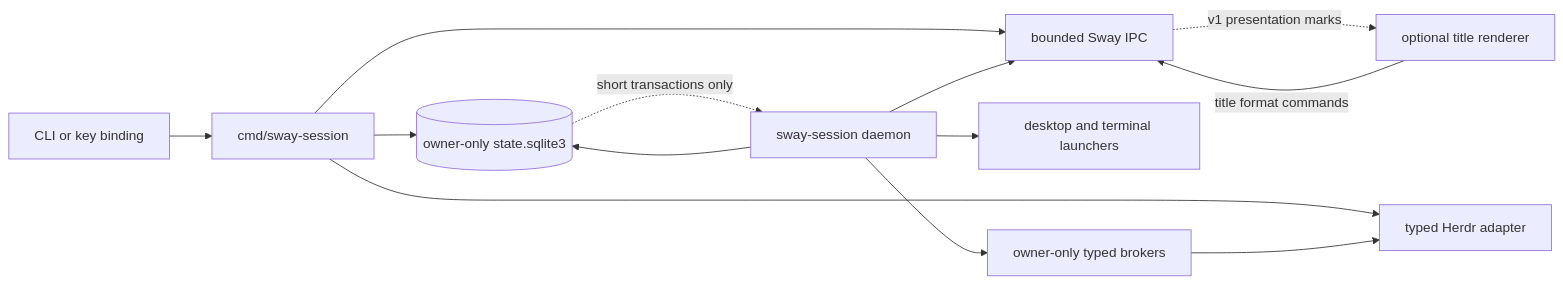
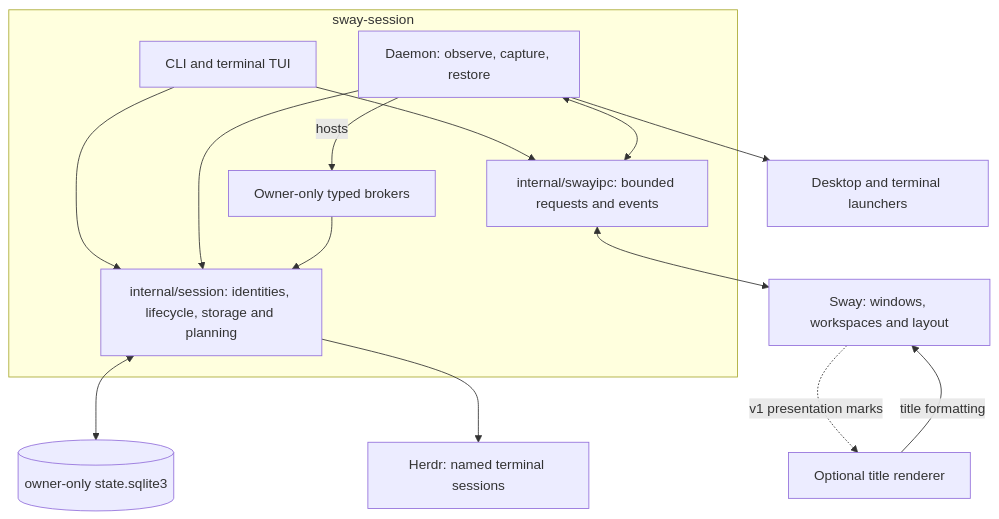
One commit to marang/sway-session changed the first of 4 diagrams in README.md. Above: the diagram before and after it, drawn with Mermaid. The commit also changed other lines of this file and 15 other files, not shown here.

```diff
--- a/README.md
+++ b/README.md
@@ -23,15 +28,22 @@
 ~~~mermaid
-flowchart LR
-    User[CLI or key binding] --> CLI[cmd/sway-session]
-    CLI --> Store[(owner-only state.sqlite3)]
-    CLI --> Herdr[typed Herdr adapter]
-    CLI --> Sway[bounded Sway IPC]
-    Daemon[sway-session daemon] --> Store
-    Daemon --> Sway
-    Daemon --> Launch[desktop and terminal launchers]
-    Daemon --> Broker[owner-only typed brokers]
-    Broker --> Herdr
-    Store -. short transactions only .-> Daemon
-    Sway -. v1 presentation marks .-> Render[optional title renderer]
-    Render -->|title format commands| Sway
+flowchart TB
+    subgraph App["sway-session"]
+        CLI["CLI and terminal TUI"]
+        Daemon["Daemon: observe, capture, restore"]
+        Broker["Owner-only typed brokers"]
+        Session["internal/session: identities, lifecycle, storage and planning"]
+        IPC["internal/swayipc: bounded requests and events"]
+    end
+    CLI --> Session
+    Daemon --> Session
+    Daemon -->|hosts| Broker
+    Broker --> Session
+    Session <--> Store[("owner-only state.sqlite3")]
+    Session --> Herdr["Herdr: named terminal sessions"]
+    CLI --> IPC
+    Daemon <--> IPC
+    IPC <--> Sway["Sway: windows, workspaces and layout"]
+    Daemon --> Launch["Desktop and terminal launchers"]
+    Sway -. v1 presentation marks .-> Render["Optional title renderer"]
+    Render -->|title formatting| Sway
 ~~~
```
